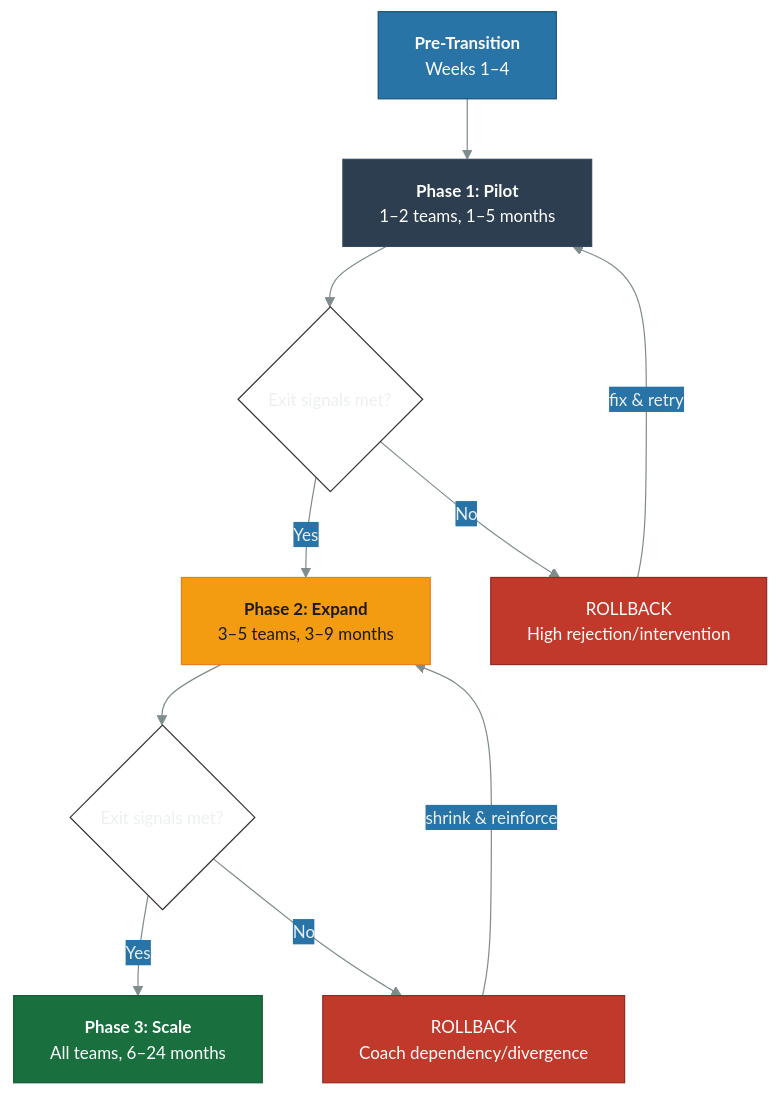
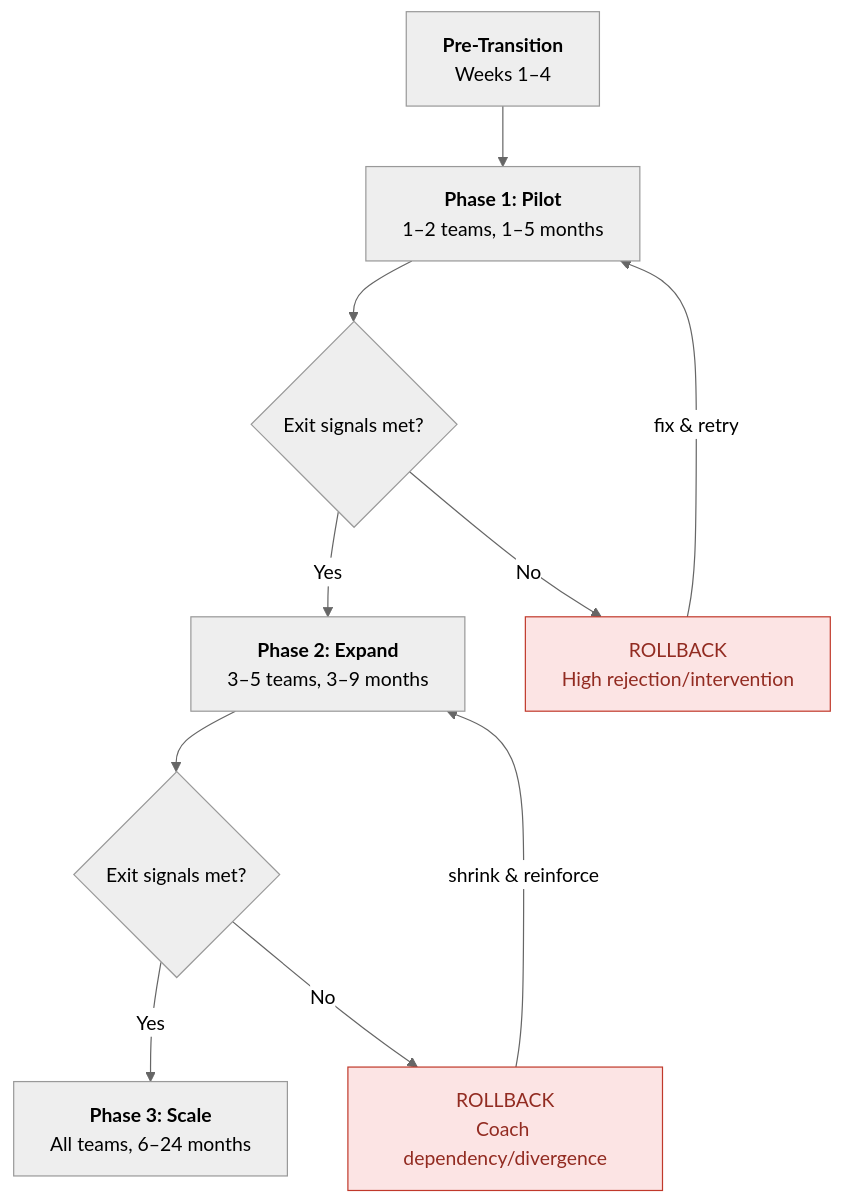
The diagram in handbook/ch07-planning-the-transition.qmd (danielmeppiel/agentic-sdlc-handbook), drawn with Mermaid before and after one commit. The commit also changed 15 other files, not shown here.

First line of the commit message:
fix: strip custom colors, use Mermaid neutral theme for clean diagrams

````diff
--- a/handbook/ch07-planning-the-transition.qmd
+++ b/handbook/ch07-planning-the-transition.qmd
@@ -84,42 +84,36 @@
 ```{mermaid}
 %%| fig-width: 6.5
 %%| label: fig-transition-roadmap
 %%| fig-cap: "Three-phase transition roadmap with exit signals and rollback triggers"
 %%| fig-alt: "Top-to-bottom flowchart showing a three-phase agentic transition roadmap. Pre-Transition (Weeks 1-4) flows down to Phase 1 Pilot (1-2 teams, 1-5 months), which reaches a decision diamond 'Exit signals met?'. Yes leads to Phase 2 Expand (3-5 teams, 3-9 months); No leads to Rollback node 'High rejection/intervention' which loops back to Phase 1 via 'fix and retry'. Phase 2 reaches a second decision diamond 'Exit signals met?'. Yes leads to Phase 3 Scale (All teams, 6-24 months); No leads to Rollback node 'Coach dependency/divergence' which loops back to Phase 2 via 'shrink and reinforce'. Rollback nodes are red, phases progress from blue to orange to green."
-%%{init: {'theme': 'base', 'themeVariables': {'primaryColor': '#2c3e50', 'primaryTextColor': '#ecf0f1', 'primaryBorderColor': '#34495e', 'lineColor': '#7f8c8d', 'secondaryColor': '#2874a6', 'tertiaryColor': '#ecf0f1', 'fontSize': '14px'}}}%%
+%%{init: {'theme': 'neutral'}}%%
 flowchart TB
     PRE["<b>Pre-Transition</b><br/>Weeks 1–4"]
 
     P1["<b>Phase 1: Pilot</b><br/>1–2 teams, 1–5 months"]
 
     G1{"Exit signals met?"}
 
     P2["<b>Phase 2: Expand</b><br/>3–5 teams, 3–9 months"]
 
     G2{"Exit signals met?"}
 
     P3["<b>Phase 3: Scale</b><br/>All teams, 6–24 months"]
 
     RB1["ROLLBACK<br/>High rejection/intervention"]
 
     RB2["ROLLBACK<br/>Coach dependency/divergence"]
 
     PRE --> P1
     P1 --> G1
     G1 -->|"Yes"| P2
     G1 -->|"No"| RB1
     RB1 -->|"fix & retry"| P1
     P2 --> G2
     G2 -->|"Yes"| P3
     G2 -->|"No"| RB2
     RB2 -->|"shrink & reinforce"| P2
 
-    style PRE fill:#2874a6,stroke:#1a5276,color:#fff
-    style P1 fill:#2c3e50,stroke:#34495e,color:#fff
-    style P2 fill:#f39c12,stroke:#e67e22,color:#1a1a1a
-    style P3 fill:#196f3d,stroke:#145a32,color:#fff
-    style G1 fill:#fff,stroke:#333
-    style G2 fill:#fff,stroke:#333
-    style RB1 fill:#c0392b,stroke:#922b21,color:#fff
-    style RB2 fill:#c0392b,stroke:#922b21,color:#fff
+    style RB1 fill:#fce4e4,stroke:#c0392b,color:#922b21
+    style RB2 fill:#fce4e4,stroke:#c0392b,color:#922b21
 ```
````
